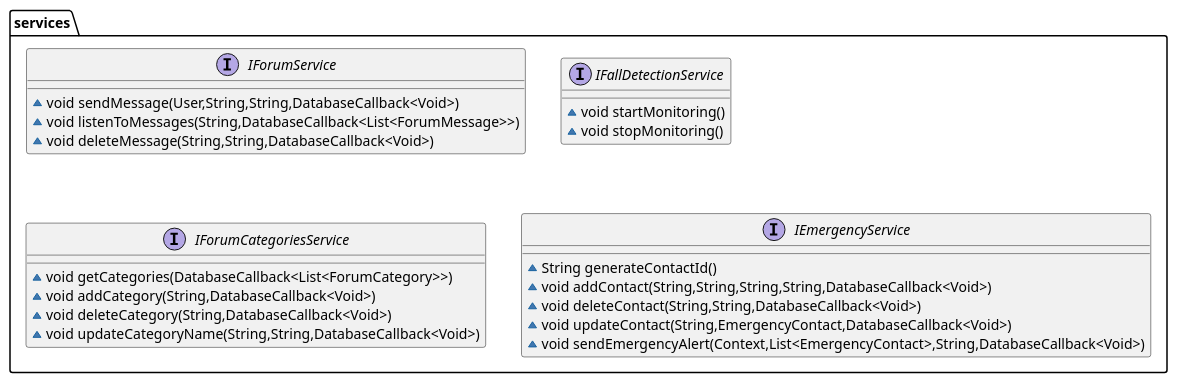
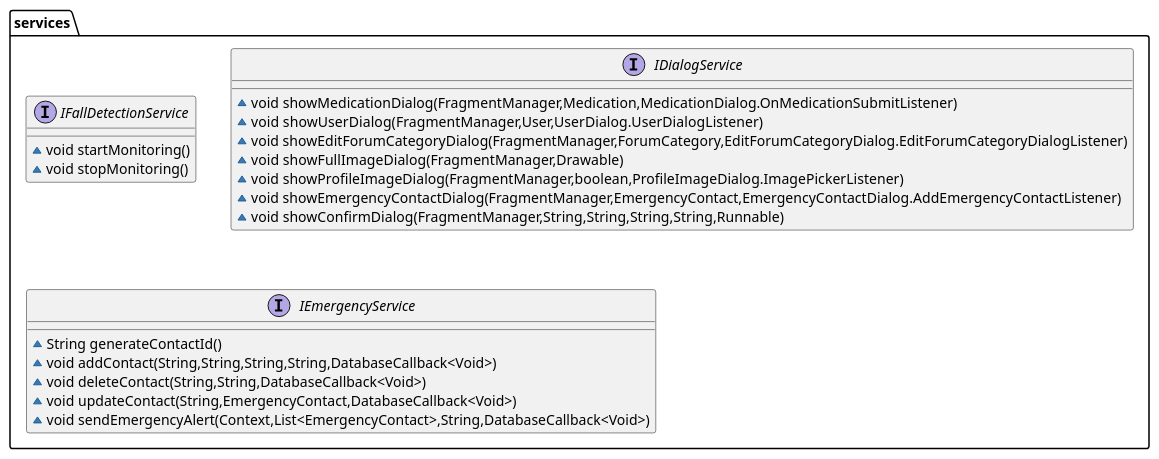
One commit to sagiv23/ShvilHazhav changed the diagram in umls/services2.puml. Above: the diagram before and after it, drawn with PlantUML. The commit also changed 11 other files, not shown here.

```diff
--- a/umls/services2.puml
+++ b/umls/services2.puml
@@ -1,28 +1,25 @@
 @startuml
-interface services.IForumService {
-~ void sendMessage(User,String,String,DatabaseCallback<Void>)
-~ void listenToMessages(String,DatabaseCallback<List<ForumMessage>>)
-~ void deleteMessage(String,String,DatabaseCallback<Void>)
-}
-
 interface services.IFallDetectionService {
 ~ void startMonitoring()
 ~ void stopMonitoring()
 }
 
-interface services.IForumCategoriesService {
-~ void getCategories(DatabaseCallback<List<ForumCategory>>)
-~ void addCategory(String,DatabaseCallback<Void>)
-~ void deleteCategory(String,DatabaseCallback<Void>)
-~ void updateCategoryName(String,String,DatabaseCallback<Void>)
+interface services.IDialogService {
+~ void showMedicationDialog(FragmentManager,Medication,MedicationDialog.OnMedicationSubmitListener)
+~ void showUserDialog(FragmentManager,User,UserDialog.UserDialogListener)
+~ void showEditForumCategoryDialog(FragmentManager,ForumCategory,EditForumCategoryDialog.EditForumCategoryDialogListener)
+~ void showFullImageDialog(FragmentManager,Drawable)
+~ void showProfileImageDialog(FragmentManager,boolean,ProfileImageDialog.ImagePickerListener)
+~ void showEmergencyContactDialog(FragmentManager,EmergencyContact,EmergencyContactDialog.AddEmergencyContactListener)
+~ void showConfirmDialog(FragmentManager,String,String,String,String,Runnable)
 }
 
 interface services.IEmergencyService {
 ~ String generateContactId()
 ~ void addContact(String,String,String,String,DatabaseCallback<Void>)
 ~ void deleteContact(String,String,DatabaseCallback<Void>)
 ~ void updateContact(String,EmergencyContact,DatabaseCallback<Void>)
 ~ void sendEmergencyAlert(Context,List<EmergencyContact>,String,DatabaseCallback<Void>)
 }
 
 @enduml
```
